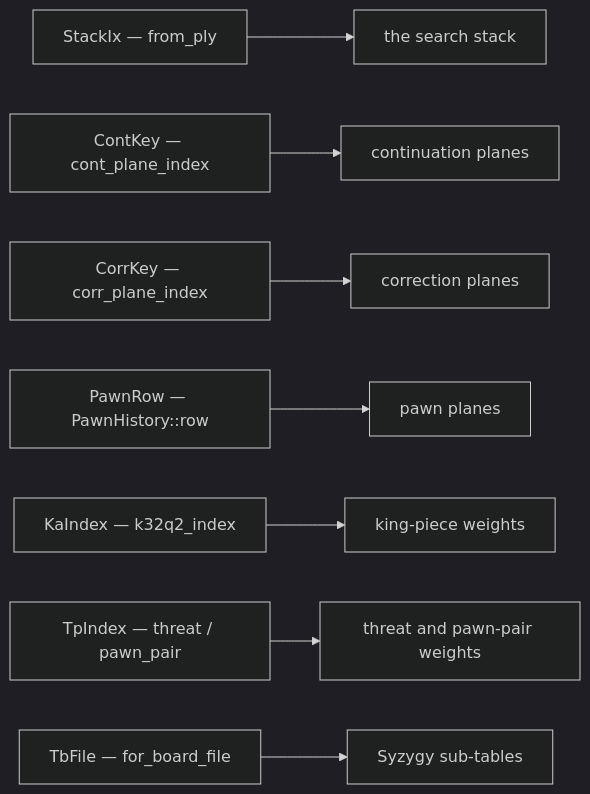
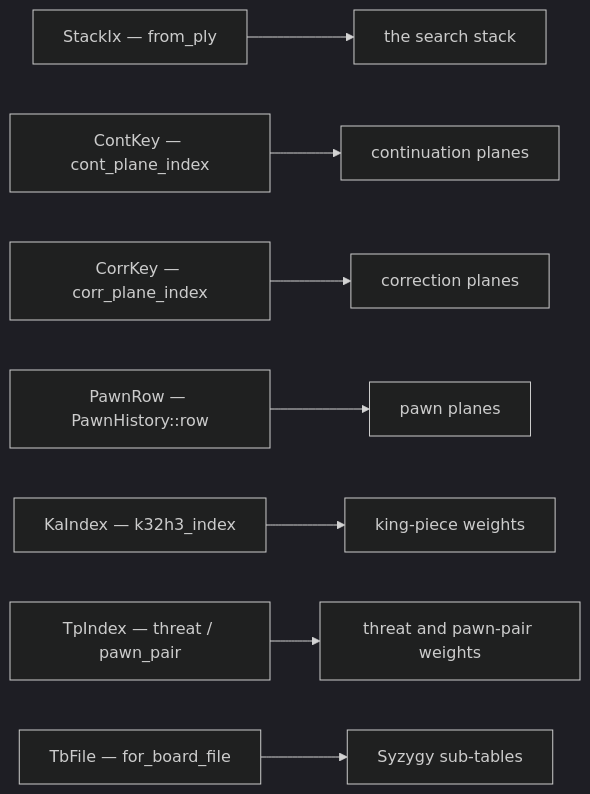
The fourth of 5 diagrams in docs/09-type-design.md (ppigazzini/rfish), drawn with Mermaid (dark theme) before and after one commit. The commit also changed other lines of this file and 18 other files, not shown here.

````diff
--- a/docs/09-type-design.md
+++ b/docs/09-type-design.md
@@ -173,10 +173,10 @@
 ```mermaid
 graph LR
   StackIx["StackIx — from_ply"] --> A["the search stack"]
   ContKey["ContKey — cont_plane_index"] --> B["continuation planes"]
   CorrKey["CorrKey — corr_plane_index"] --> C["correction planes"]
   PawnRow["PawnRow — PawnHistory::row"] --> D["pawn planes"]
-  KaIndex["KaIndex — k32q2_index"] --> E["king-piece weights"]
+  KaIndex["KaIndex — k32h3_index"] --> E["king-piece weights"]
   TpIndex["TpIndex — threat / pawn_pair"] --> F["threat and pawn-pair weights"]
   TbFile["TbFile — for_board_file"] --> G["Syzygy sub-tables"]
 ```
````
